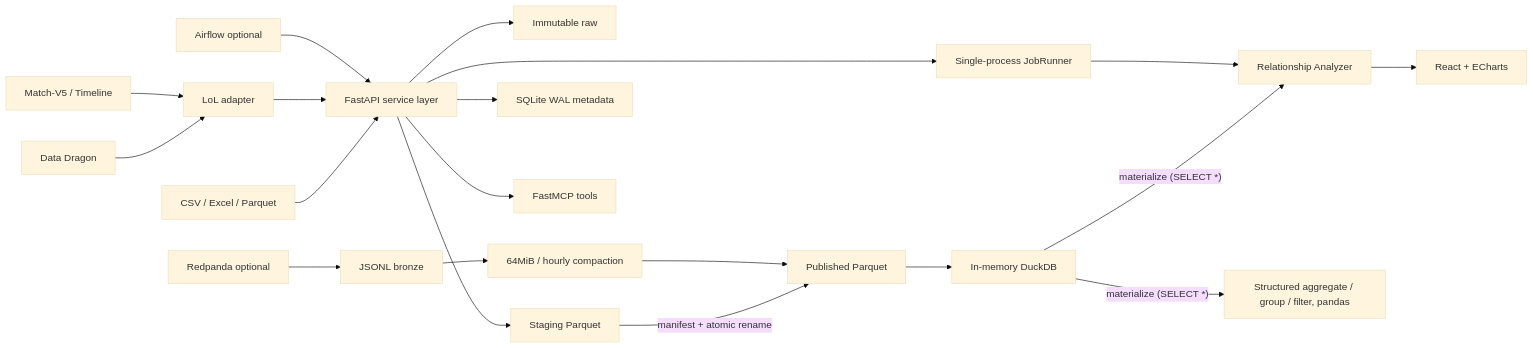
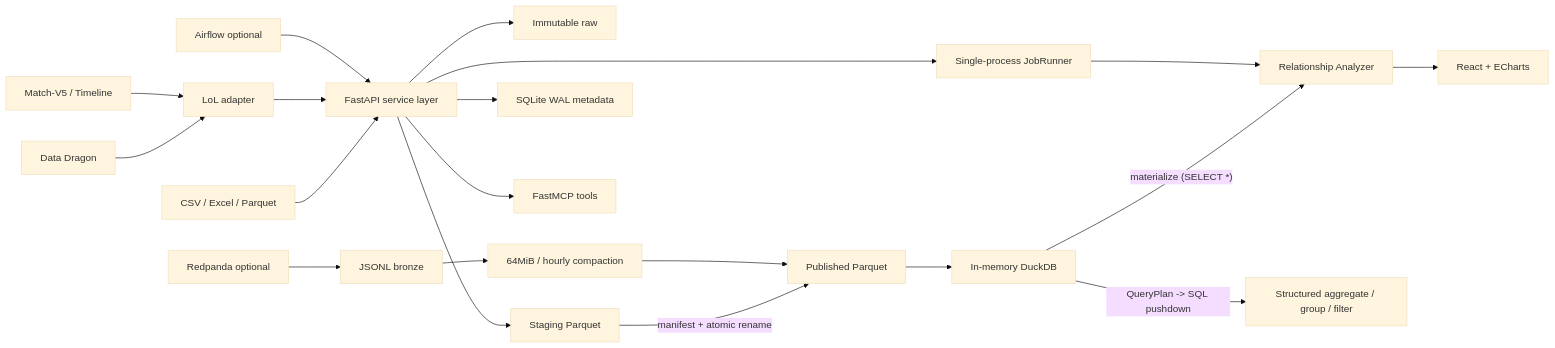
Before and after one commit to Tay-hyyyyn/Data_BI_With_LOL: the diagram in docs/architecture.md, drawn with Mermaid (base theme). The commit also changed other lines of this file and 5 other files, not shown here.

````diff
--- a/docs/architecture.md
+++ b/docs/architecture.md
@@ -3,19 +3,19 @@
 ```mermaid
 flowchart LR
   U[CSV / Excel / Parquet] --> API[FastAPI service layer]
   DD[Data Dragon] --> LOL[LoL adapter] --> API
   RIOT[Match-V5 / Timeline] --> LOL
   API --> RAW[Immutable raw]
   API --> STG[Staging Parquet]
   STG -->|manifest + atomic rename| PUB[Published Parquet]
   API --> META[SQLite WAL metadata]
   PUB --> DDB[In-memory DuckDB]
   DDB -->|"materialize (SELECT *)"| REL[Relationship Analyzer]
-  DDB -->|"materialize (SELECT *)"| QUERY[Structured aggregate / group / filter, pandas]
+  DDB -->|"QueryPlan -> SQL pushdown"| QUERY[Structured aggregate / group / filter]
   API --> JOB[Single-process JobRunner]
   JOB --> REL
   REL --> WEB[React + ECharts]
   API --> MCP[FastMCP tools]
   RP[Redpanda optional] --> JSONL[JSONL bronze] --> CMP[64MiB / hourly compaction] --> PUB
   AF[Airflow optional] --> API
 ```
````
